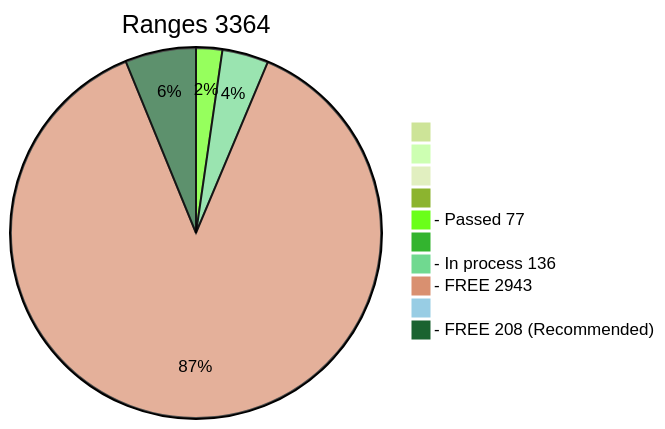
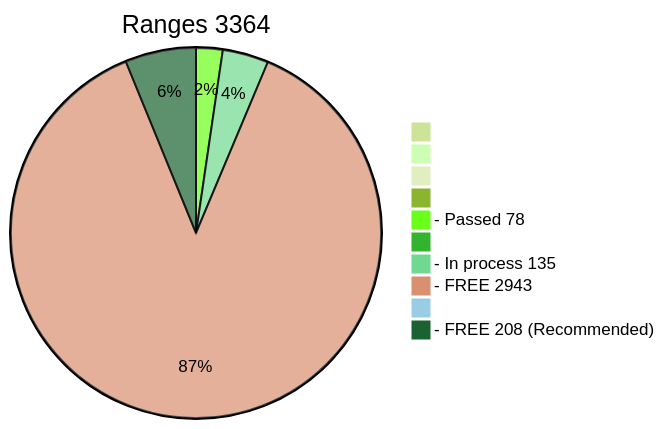
Before and after one commit to phrutis/wif500: the diagram in x64/Release/table.md, drawn with Mermaid (forest theme). The commit also changed other lines of this file, not shown here.

````diff
--- a/x64/Release/table.md
+++ b/x64/Release/table.md
@@ -3,13 +3,13 @@
 ```mermaid
 pie title Ranges 3364
   " " : 0
   "  " : 0
   "   " : 0
   "    " : 0
-  "- Passed 77" : 77
+  "- Passed 78" : 78
   "     " : 0
-  "- In process 136" : 136
+  "- In process 135" : 135
   "- FREE 2943" : 2943
   "      " : 1
   "- FREE 208 (Recommended)" : 208
 ```
````
